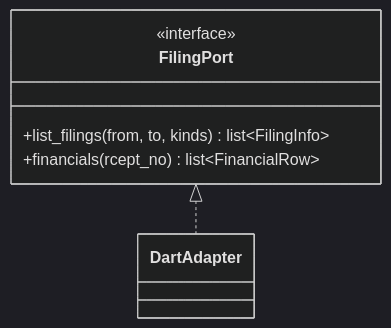
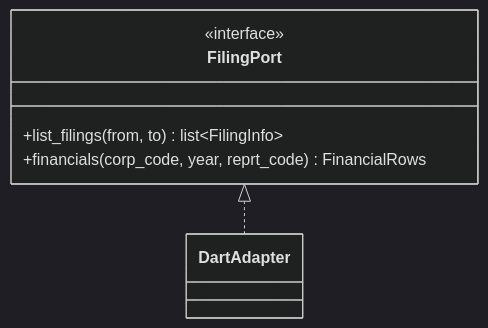
The sixth of 17 diagrams in docs/specs/06-DOM/QBOT-DOM-002.md (HoyoungParkme/quant-rebalance-bot), drawn with Mermaid (dark theme) before and after one commit. The commit also changed other lines of this file, not shown here.

````diff
--- a/docs/specs/06-DOM/QBOT-DOM-002.md
+++ b/docs/specs/06-DOM/QBOT-DOM-002.md
@@ -189,10 +194,10 @@
 ```mermaid
 classDiagram
   class FilingPort {
     <<interface>>
-    +list_filings(from, to, kinds) list~FilingInfo~
-    +financials(rcept_no) list~FinancialRow~
+    +list_filings(from, to) list~FilingInfo~
+    +financials(corp_code, year, reprt_code) FinancialRows
   }
   class DartAdapter
   FilingPort <|.. DartAdapter
 ```
````
